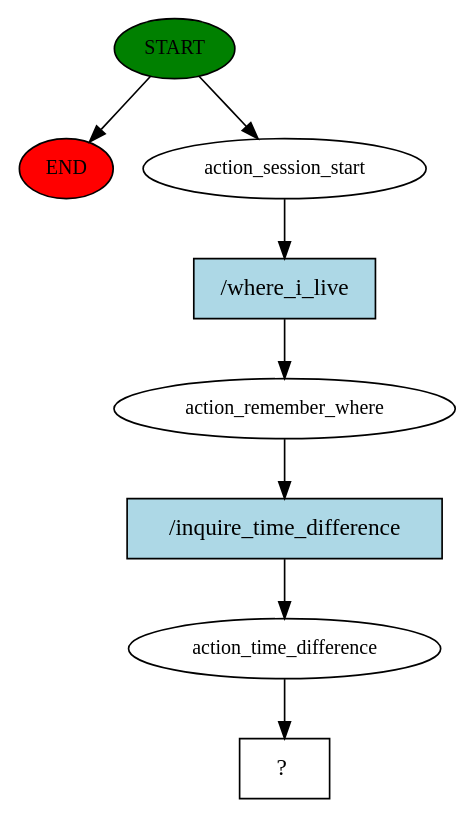
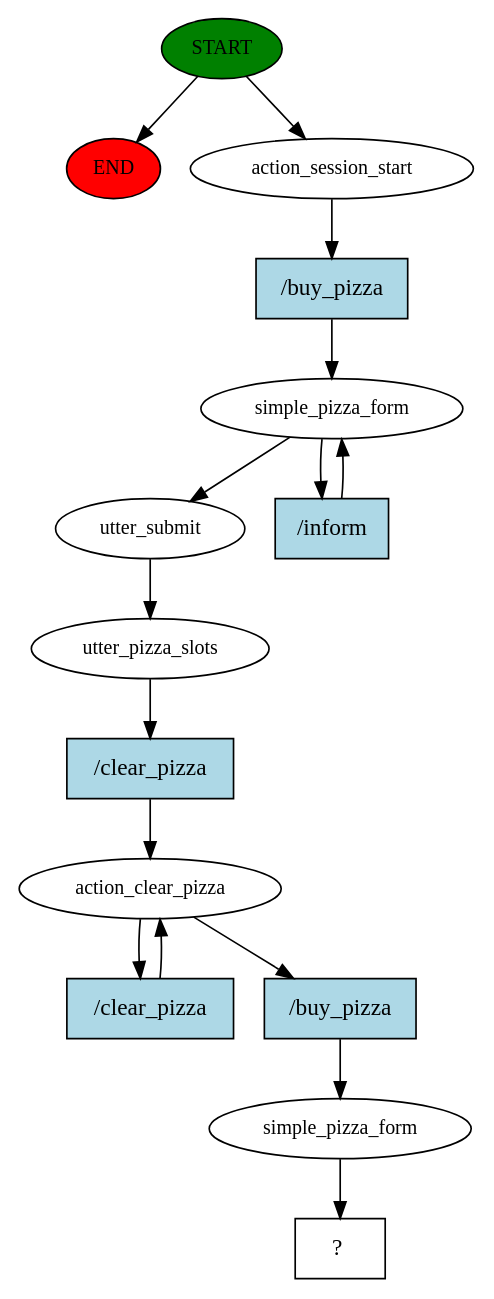
One commit to antonioabrantes/GUI_Rasa changed the diagram in tesauro/story_graph.dot. Above: the diagram before and after it, drawn with Graphviz. The commit also changed 535 other files, not shown here.

```diff
--- a/tesauro/story_graph.dot
+++ b/tesauro/story_graph.dot
@@ -1,17 +1,31 @@
 digraph  {
 0 [class="start active", fillcolor=green, fontsize=12, label=START, style=filled];
 "-1" [class=end, fillcolor=red, fontsize=12, label=END, style=filled];
 1 [class=active, fontsize=12, label=action_session_start];
-2 [class=active, fontsize=12, label=action_remember_where];
-3 [class=active, fontsize=12, label=action_time_difference];
-4 [class="intent dashed active", label="  ?  ", shape=rect];
-5 [class="intent active", fillcolor=lightblue, label="/where_i_live", shape=rect, style=filled];
-6 [class="intent active", fillcolor=lightblue, label="/inquire_time_difference", shape=rect, style=filled];
+2 [class=active, fontsize=12, label=simple_pizza_form];
+5 [class=active, fontsize=12, label=utter_submit];
+6 [class=active, fontsize=12, label=utter_pizza_slots];
+7 [class=active, fontsize=12, label=action_clear_pizza];
+11 [class=active, fontsize=12, label=simple_pizza_form];
+12 [class="intent dashed active", label="  ?  ", shape=rect];
+13 [class="intent active", fillcolor=lightblue, label="/buy_pizza", shape=rect, style=filled];
+14 [class="intent active", fillcolor=lightblue, label="/inform", shape=rect, style=filled];
+15 [class="intent active", fillcolor=lightblue, label="/clear_pizza", shape=rect, style=filled];
+16 [class="intent active", fillcolor=lightblue, label="/clear_pizza", shape=rect, style=filled];
+17 [class="intent active", fillcolor=lightblue, label="/buy_pizza", shape=rect, style=filled];
 0 -> "-1"  [class="", key=NONE, label=""];
 0 -> 1  [class=active, key=NONE, label=""];
-1 -> 5  [class=active, key=0];
-2 -> 6  [class=active, key=0];
-3 -> 4  [class=active, key=NONE, label=""];
-5 -> 2  [class=active, key=0];
-6 -> 3  [class=active, key=0];
+1 -> 13  [class=active, key=0];
+2 -> 5  [class=active, key=NONE, label=""];
+2 -> 14  [class=active, key=0];
+5 -> 6  [class=active, key=NONE, label=""];
+6 -> 15  [class=active, key=0];
+7 -> 16  [class=active, key=0];
+7 -> 17  [class=active, key=0];
+11 -> 12  [class=active, key=NONE, label=""];
+13 -> 2  [class=active, key=0];
+14 -> 2  [class=active, key=0];
+15 -> 7  [class=active, key=0];
+16 -> 7  [class=active, key=0];
+17 -> 11  [class=active, key=0];
 }
```
